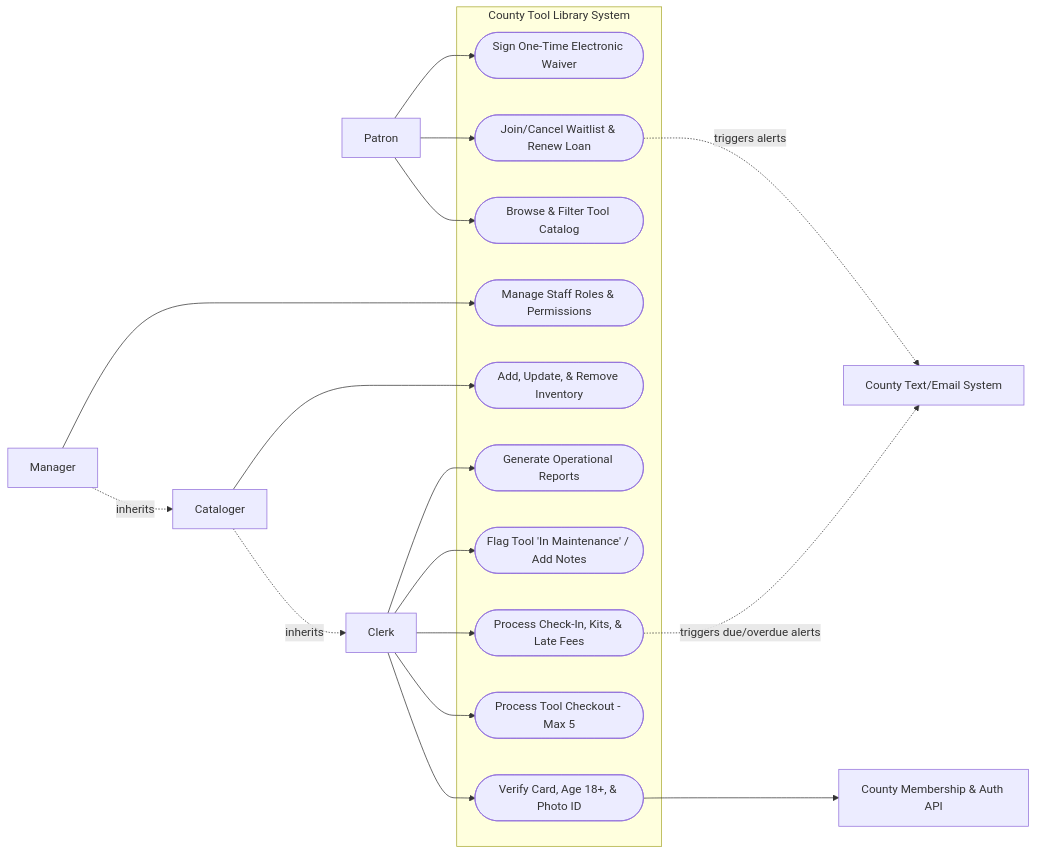
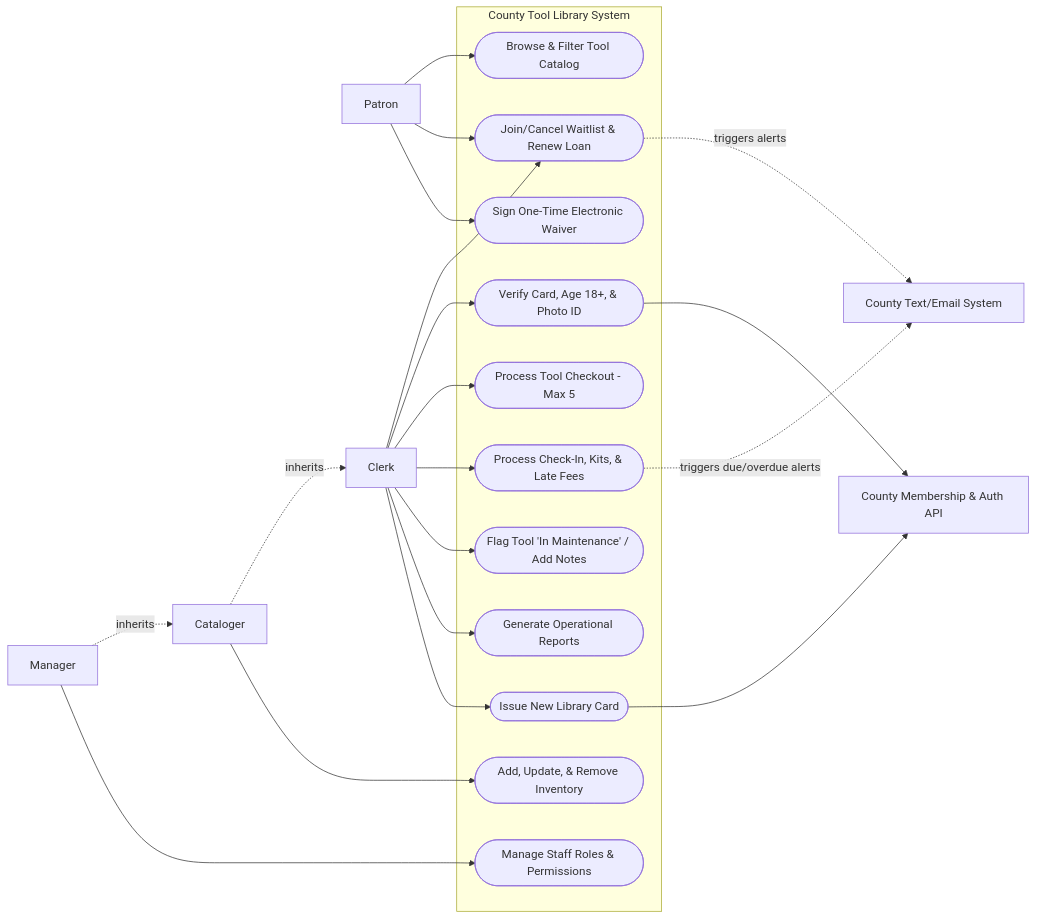
The first of 2 diagrams in Functional_Spec.md (RubberDucky-66/Tool-Library-project-for-CS361), drawn with Mermaid before and after one commit. The commit also changed other lines of this file, not shown here.

Commit message:
Fix use case diagram, UX flow, and condition tracking

````diff
--- a/Functional_Spec.md
+++ b/Functional_Spec.md
@@ -46,47 +46,51 @@
 ```mermaid
 flowchart LR
     %% Actors
     Patron["Patron"]
     Clerk["Clerk"]
     Cataloger["Cataloger"]
     Manager["Manager"]
     MembershipAPI["County Membership & Auth API"]
     NotificationSys["County Text/Email System"]
 
     %% System Boundary
     subgraph System ["County Tool Library System"]
         UC1(["Browse & Filter Tool Catalog"])
         UC2(["Join/Cancel Waitlist & Renew Loan"])
         UC3(["Sign One-Time Electronic Waiver"])
         UC4(["Verify Card, Age 18+, & Photo ID"])
         UC5(["Process Tool Checkout - Max 5"])
         UC6(["Process Check-In, Kits, & Late Fees"])
         UC7(["Flag Tool 'In Maintenance' / Add Notes"])
         UC8(["Add, Update, & Remove Inventory"])
         UC9(["Manage Staff Roles & Permissions"])
         UC10(["Generate Operational Reports"])
+        UC11(["Issue New Library Card"])
     end
 
     %% Patron Associations
     Patron --> UC1
     Patron --> UC2
     Patron --> UC3
 
     %% Role Inheritance & Staff Associations
+    Clerk --> UC2
     Clerk --> UC4
     Clerk --> UC5
     Clerk --> UC6
     Clerk --> UC7
     Clerk --> UC10
+    Clerk --> UC11
 
     Cataloger -.->|inherits| Clerk
     Cataloger --> UC8
 
     Manager -.->|inherits| Cataloger
     Manager --> UC9
 
     %% External System Associations
     UC4 --> MembershipAPI
+    UC11 --> MembershipAPI
     UC2 -.->|triggers alerts| NotificationSys
     UC6 -.->|triggers due/overdue alerts| NotificationSys
 ```
````
